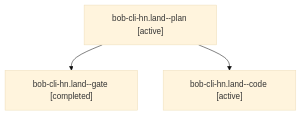
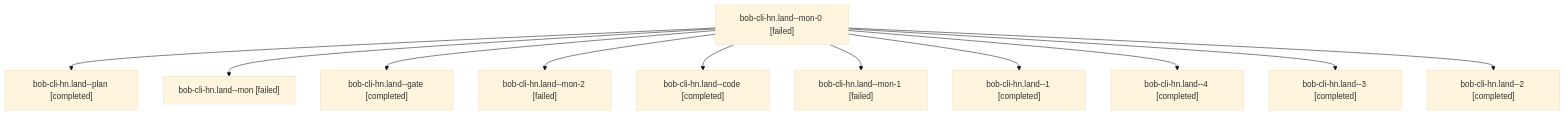
One commit to bobs-org/bob-cli--agents changed the diagram in sessions/bbugyi200.athena.bob-cli-hn.land.md. Above: the diagram before and after it, drawn with Mermaid (base theme). The commit also changed other lines of this file and 107 other files, not shown here.

````diff
--- a/sessions/bbugyi200.athena.bob-cli-hn.land.md
+++ b/sessions/bbugyi200.athena.bob-cli-hn.land.md
@@ -9,8 +9,24 @@
 ```mermaid
 flowchart TD
-  n0["bob-cli-hn.land--plan [active]"]
-  n1["bob-cli-hn.land--gate [completed]"]
+  n0["bob-cli-hn.land--mon-0 [failed]"]
+  n1["bob-cli-hn.land--plan [completed]"]
   n0 --> n1
-  n2["bob-cli-hn.land--code [active]"]
+  n2["bob-cli-hn.land--mon [failed]"]
   n0 --> n2
+  n3["bob-cli-hn.land--gate [completed]"]
+  n0 --> n3
+  n4["bob-cli-hn.land--mon-2 [failed]"]
+  n0 --> n4
+  n5["bob-cli-hn.land--code [completed]"]
+  n0 --> n5
+  n6["bob-cli-hn.land--mon-1 [failed]"]
+  n0 --> n6
+  n7["bob-cli-hn.land--1 [completed]"]
+  n0 --> n7
+  n8["bob-cli-hn.land--4 [completed]"]
+  n0 --> n8
+  n9["bob-cli-hn.land--3 [completed]"]
+  n0 --> n9
+  n10["bob-cli-hn.land--2 [completed]"]
+  n0 --> n10
 ```
````
